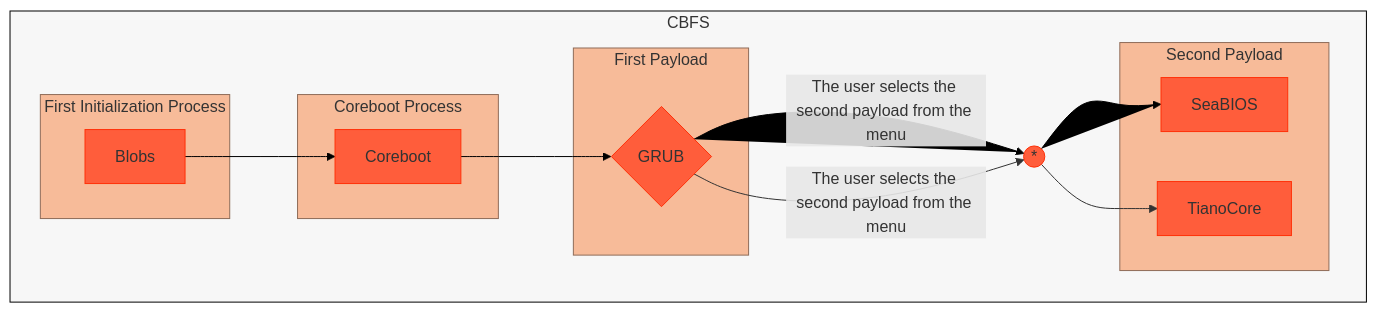
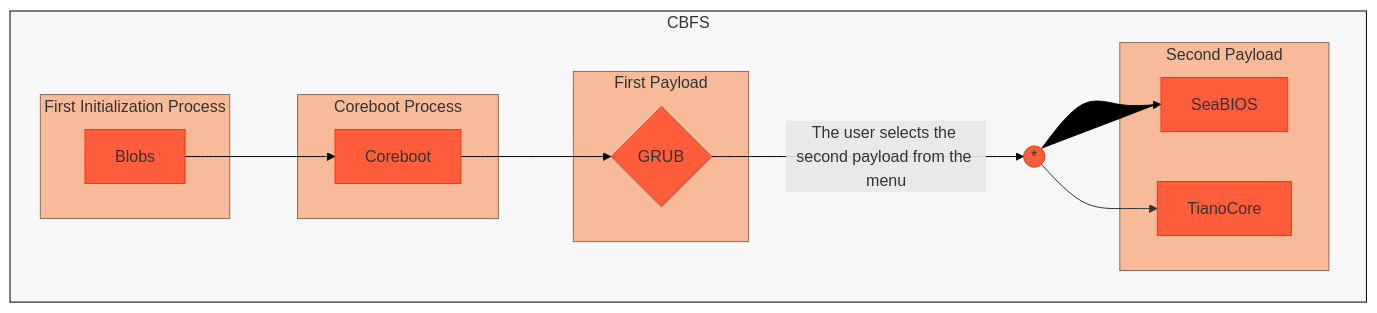
The diagram in README.md (Ch3ckm4t3C1ph3r/Lenovo-Ideapad-320-14ISK-_Coreboot-Adaptation_), drawn with Mermaid before and after one commit.

Commit message:
Combine payload selection into a single line

````diff
--- a/README.md
+++ b/README.md
@@ -104,42 +104,41 @@
 ```mermaid
 flowchart LR;
     %% Definition of style (and class of style) of each element by id (or by class name)
     style cbfs fill:#f7f7f7,stroke:#000000,stroke-width:1px;
     classDef sbgStyle fill:#F7BB99,stroke:#8F6C59,stroke-width:1px
     classDef nodeStyle fill:#FF5D3B,stroke:#FF3008,stroke-width:1px
     classDef edgeStyle fill:#000000,stroke:#000000,stroke-width:1px
     
     subgraph cbfs[CBFS]
         direction LR
 
         %% Not publicly documented boot process
         subgraph sbg1[First Initialization Process]
         n1[Blobs]
         end
 
         n1[Blobs] e1@--> n2[Coreboot]
 
         subgraph sbg2[Coreboot Process]
         n2[Coreboot]
         end
     
         n2[Coreboot] e2@--> p1{GRUB}
     
         subgraph sbg3[First Payload]
         p1{GRUB}
         end
         
-        p1{GRUB} e3@--The user selects the second payload from the menu--> UNION((*)) e4@--> p2_1[SeaBIOS]
-        p1{GRUB} e3@--The user selects the second payload from the menu--> UNION((*)) e4@--> p2_2[TianoCore]
+        p1{GRUB} e3@--The user selects the second payload from the menu--> UNION((*)) e4@--> p2_1[SeaBIOS] & p2_2[TianoCore]
         e4@{ curve: natural }
     
         subgraph sbg4[Second Payload]
         p2_1[SeaBIOS] & p2_2[TianoCore]
         end
     end
 
     %% Defining the members of each class
     class sbg1,sbg2,sbg3,sbg4 sbgStyle
     class n1,n2,p1,p2_1,p2_2,UNION nodeStyle
     class e1,e2,e3,e4 edgeStyle
 ```
````
